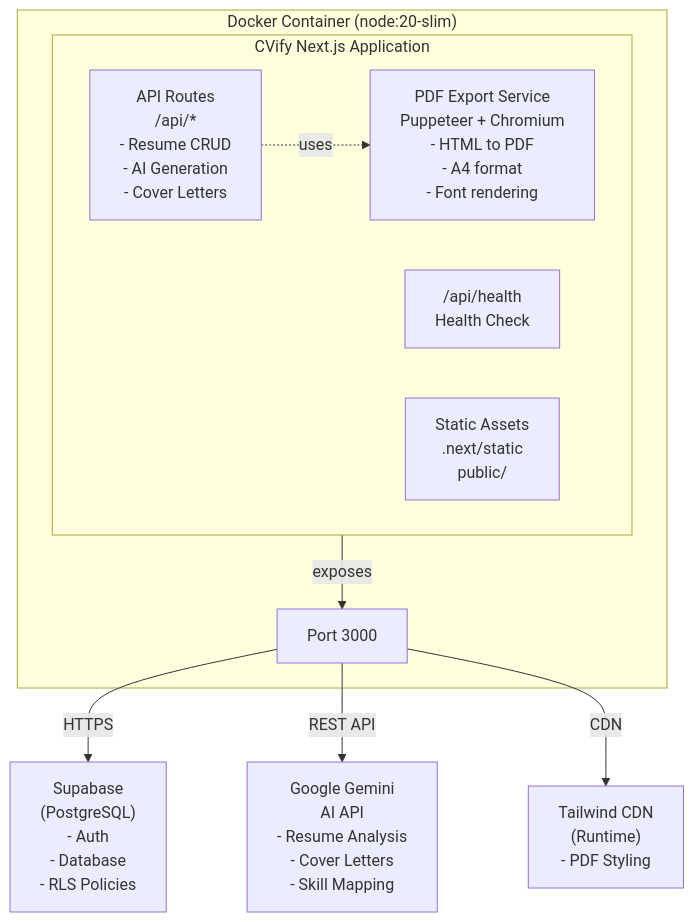
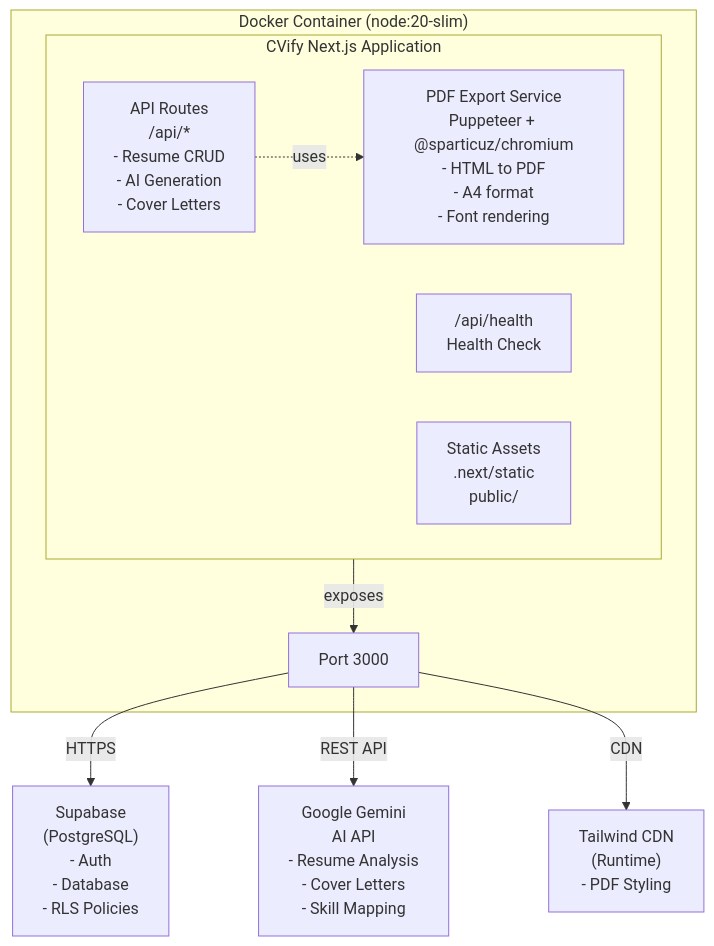
The first of 2 diagrams in docs/DOCKER-CONTAINERIZATION.md (Yerya/ImpreCV), drawn with Mermaid before and after one commit. The commit also changed other lines of this file, not shown here.

Commit message:
docs: update Docker containerization documentation for Railway deployment and @sparticuz/chromium integration

````diff
--- a/docs/DOCKER-CONTAINERIZATION.md
+++ b/docs/DOCKER-CONTAINERIZATION.md
@@ -11,19 +11,19 @@
 ```mermaid
 graph TB
     subgraph Docker["Docker Container (node:20-slim)"]
         subgraph App["CVify Next.js Application"]
             API["API Routes<br/>/api/*<br/>- Resume CRUD<br/>- AI Generation<br/>- Cover Letters"]
-            PDF["PDF Export Service<br/>Puppeteer + Chromium<br/>- HTML to PDF<br/>- A4 format<br/>- Font rendering"]
+            PDF["PDF Export Service<br/>Puppeteer + @sparticuz/chromium<br/>- HTML to PDF<br/>- A4 format<br/>- Font rendering"]
             Health["/api/health<br/>Health Check"]
             Static["Static Assets<br/>.next/static<br/>public/"]
         end
         Port["Port 3000"]
     end
     
     API -.->|uses| PDF
     App -->|exposes| Port
     
     Port -->|HTTPS| Supabase["Supabase<br/>(PostgreSQL)<br/>- Auth<br/>- Database<br/>- RLS Policies"]
     Port -->|REST API| Gemini["Google Gemini<br/>AI API<br/>- Resume Analysis<br/>- Cover Letters<br/>- Skill Mapping"]
     Port -->|CDN| Tailwind["Tailwind CDN<br/>(Runtime)<br/>- PDF Styling"]
 ```
````
